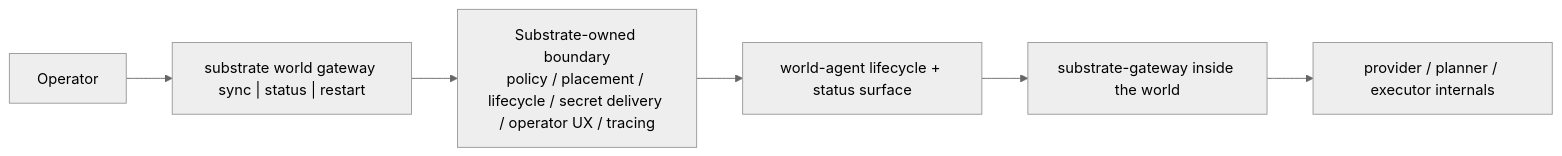
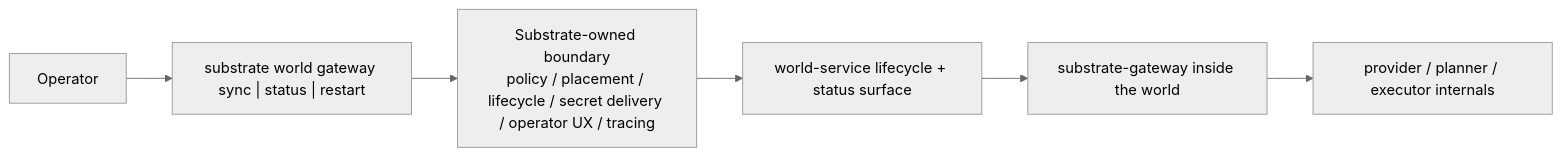
Before and after one commit to atomize-hq/substrate: the first of 4 diagrams in docs/project_management/packs/draft/substrate-gateway-boundary-and-runtime-ownership-fse/review_surfaces.md, drawn with Mermaid (neutral theme). The commit also changed other lines of this file and 590 other files, not shown here.

````diff
--- a/docs/project_management/packs/draft/substrate-gateway-boundary-and-runtime-ownership-fse/review_surfaces.md
+++ b/docs/project_management/packs/draft/substrate-gateway-boundary-and-runtime-ownership-fse/review_surfaces.md
@@ -9,8 +9,8 @@
 ```mermaid
 flowchart LR
   OP["Operator"] --> CMD["substrate world gateway sync | status | restart"]
   CMD --> SUB["Substrate-owned boundary<br/>policy / placement / lifecycle / secret delivery / operator UX / tracing"]
-  SUB --> WA["world-agent lifecycle + status surface"]
+  SUB --> WA["world-service lifecycle + status surface"]
   WA --> GW["substrate-gateway inside the world"]
   GW --> P["provider / planner / executor internals"]
 ```
````
